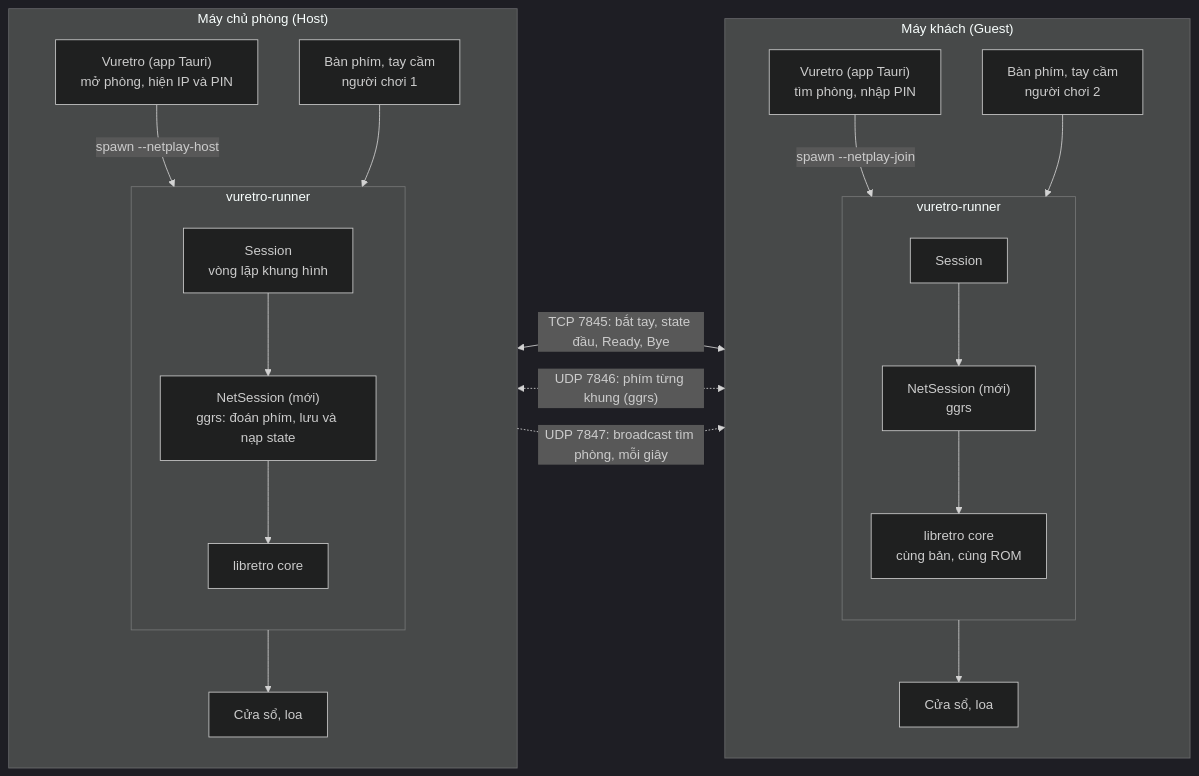
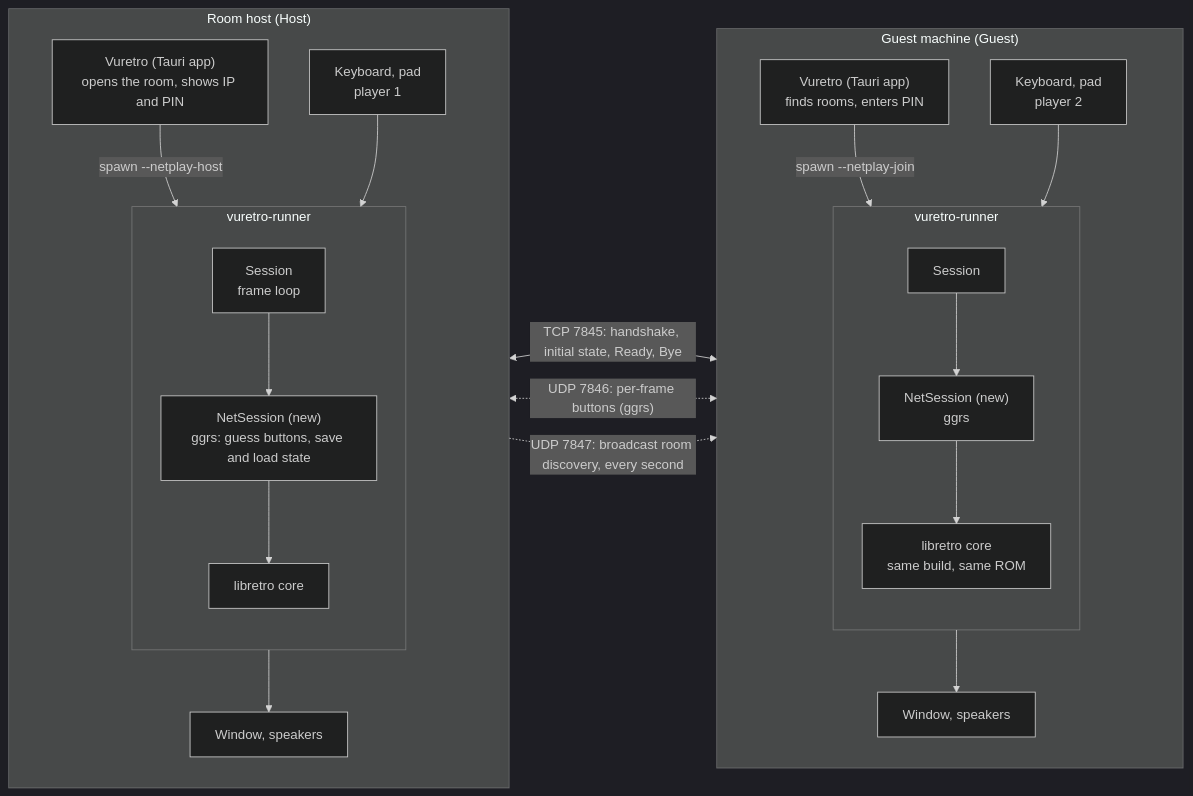
Before and after one commit to vunguyenvu35/vuretro: the first of 9 diagrams in docs/NETPLAY.md, drawn with Mermaid (dark theme). The commit also changed other lines of this file, not shown here.

````diff
--- a/docs/NETPLAY.md
+++ b/docs/NETPLAY.md
@@ -46,40 +46,40 @@
 ```mermaid
 flowchart LR
-  subgraph HOST["Máy chủ phòng (Host)"]
+  subgraph HOST["Room host (Host)"]
     direction TB
-    HA["Vuretro (app Tauri)<br/>mở phòng, hiện IP và PIN"]
+    HA["Vuretro (Tauri app)<br/>opens the room, shows IP and PIN"]
     subgraph HR["vuretro-runner"]
       direction TB
-      HS["Session<br/>vòng lặp khung hình"]
-      HN["NetSession (mới)<br/>ggrs: đoán phím, lưu và nạp state"]
+      HS["Session<br/>frame loop"]
+      HN["NetSession (new)<br/>ggrs: guess buttons, save and load state"]
       HC["libretro core"]
       HS --> HN --> HC
     end
-    HD["Bàn phím, tay cầm<br/>người chơi 1"]
-    HO["Cửa sổ, loa"]
+    HD["Keyboard, pad<br/>player 1"]
+    HO["Window, speakers"]
     HA -->|"spawn --netplay-host"| HR
     HD --> HR
     HR --> HO
   end
 
-  subgraph GUEST["Máy khách (Guest)"]
+  subgraph GUEST["Guest machine (Guest)"]
     direction TB
-    GA["Vuretro (app Tauri)<br/>tìm phòng, nhập PIN"]
+    GA["Vuretro (Tauri app)<br/>finds rooms, enters PIN"]
     subgraph GR["vuretro-runner"]
       direction TB
       GS["Session"]
-      GN["NetSession (mới)<br/>ggrs"]
-      GC["libretro core<br/>cùng bản, cùng ROM"]
+      GN["NetSession (new)<br/>ggrs"]
+      GC["libretro core<br/>same build, same ROM"]
       GS --> GN --> GC
     end
-    GD["Bàn phím, tay cầm<br/>người chơi 2"]
-    GO["Cửa sổ, loa"]
+    GD["Keyboard, pad<br/>player 2"]
+    GO["Window, speakers"]
     GA -->|"spawn --netplay-join"| GR
     GD --> GR
     GR --> GO
   end
 
-  HN <-->|"TCP 7845: bắt tay, state đầu, Ready, Bye"| GN
-  HN <-.->|"UDP 7846: phím từng khung (ggrs)"| GN
-  HN -.->|"UDP 7847: broadcast tìm phòng, mỗi giây"| GA
+  HN <-->|"TCP 7845: handshake, initial state, Ready, Bye"| GN
+  HN <-.->|"UDP 7846: per-frame buttons (ggrs)"| GN
+  HN -.->|"UDP 7847: broadcast room discovery, every second"| GA
 ```
````
